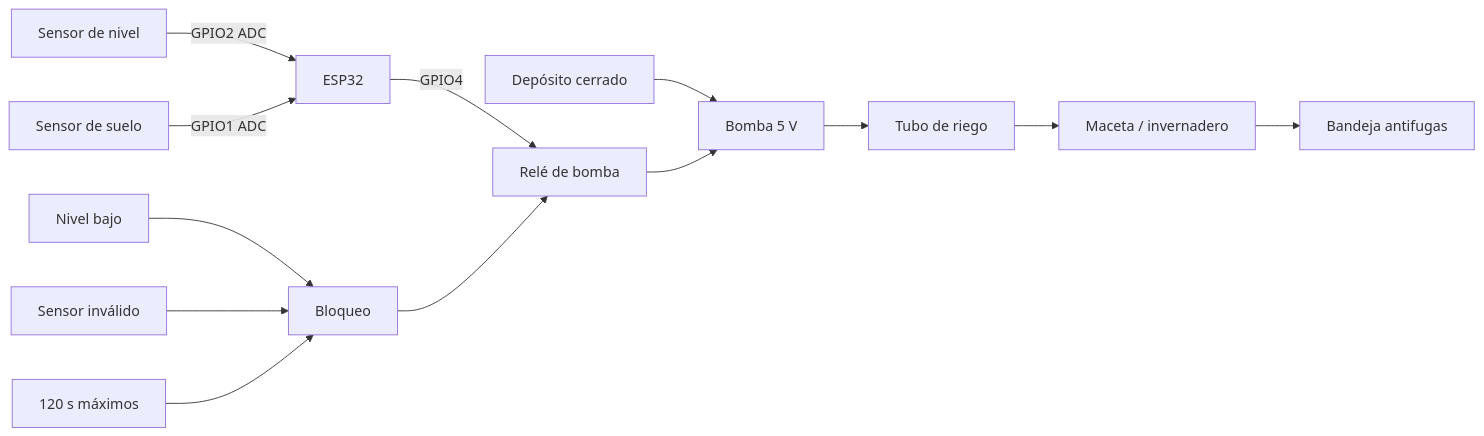
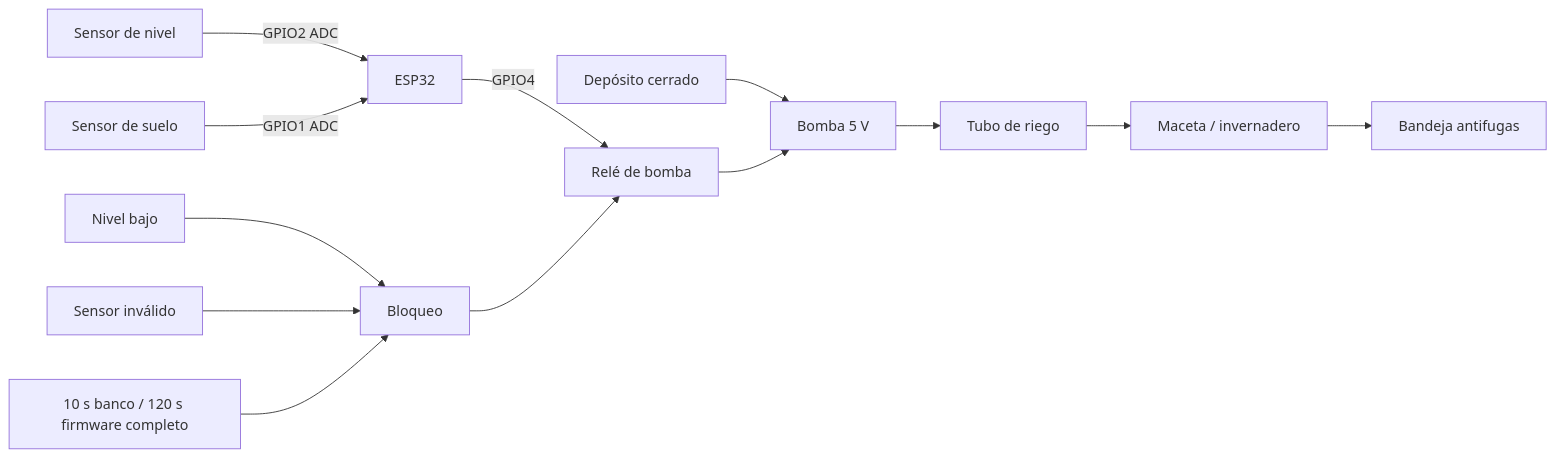
Before and after one commit to gvayoy-web/DOMUS: the fifth of 5 diagrams in obsidian/proyect domus/17 - Diagramas generales de conexiones.md, drawn with Mermaid. The commit also changed other lines of this file and 17 other files, not shown here.

````diff
--- a/obsidian/proyect domus/17 - Diagramas generales de conexiones.md
+++ b/obsidian/proyect domus/17 - Diagramas generales de conexiones.md
@@ -130,17 +130,17 @@
 ```mermaid
 flowchart LR
     TANK[Depósito cerrado] --> PUMP[Bomba 5 V]
     PUMP --> TUBE[Tubo de riego]
     TUBE --> POT[Maceta / invernadero]
     POT --> TRAY[Bandeja antifugas]
 
     LEVEL[Sensor de nivel] -->|GPIO2 ADC| ESP[ESP32]
     SOIL[Sensor de suelo] -->|GPIO1 ADC| ESP
     ESP -->|GPIO4| RELAY[Relé de bomba]
     RELAY --> PUMP
 
     LOW[Nivel bajo] --> BLOCK[Bloqueo]
     BAD[Sensor inválido] --> BLOCK
-    TIME[120 s máximos] --> BLOCK
+    TIME[10 s banco / 120 s firmware completo] --> BLOCK
     BLOCK --> RELAY
 ```
````
